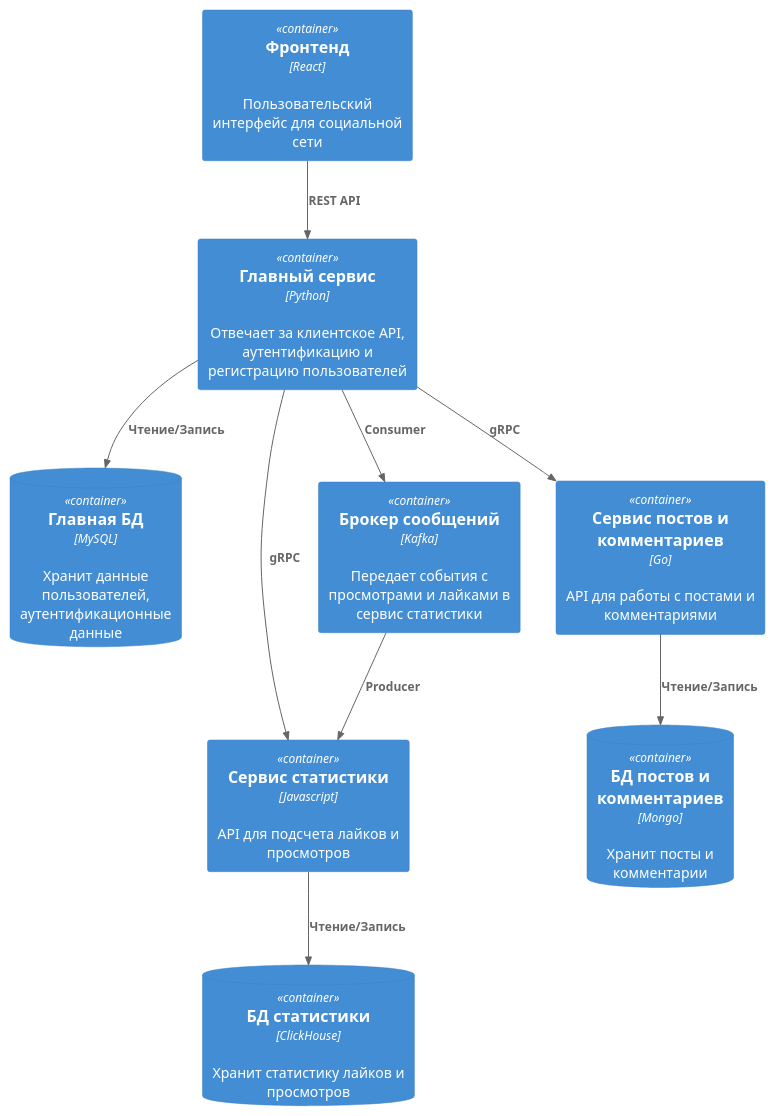
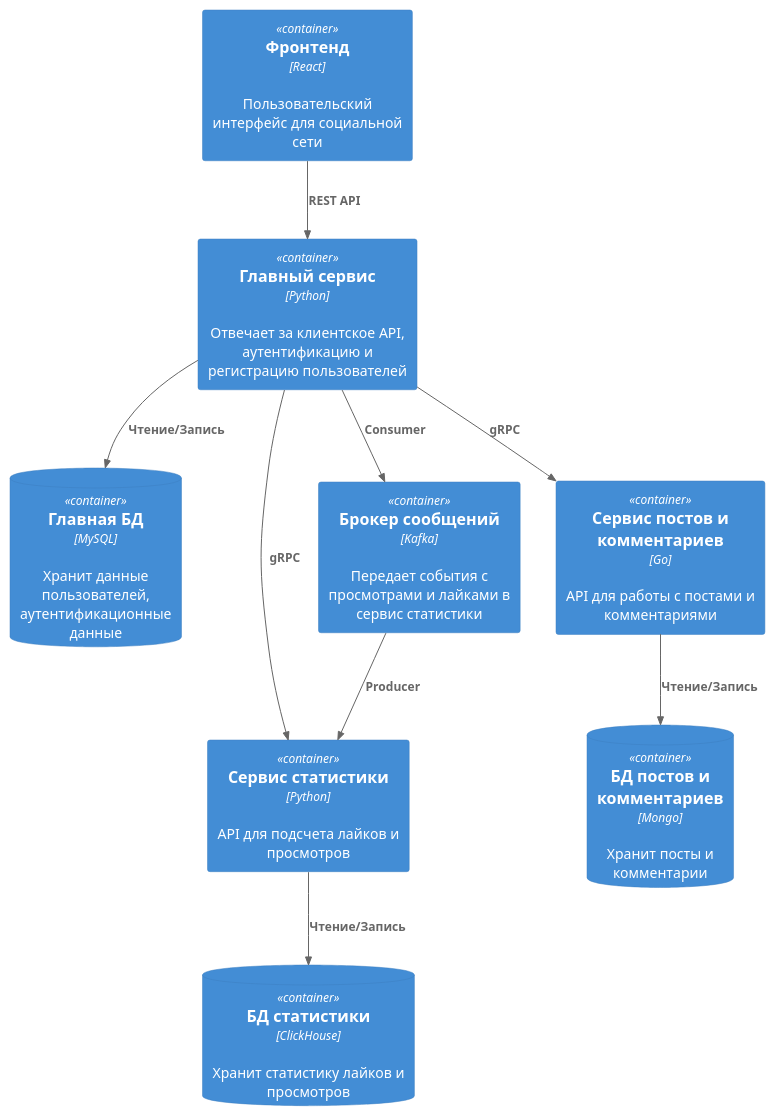
One commit to EugeneDar/soa changed the diagram in doc/c4-conteiners.puml. Above: the diagram before and after it, drawn with PlantUML. The commit also changed 1 other file, not shown here.

Commit message:
todo added, and js changed to python

```diff
--- a/doc/c4-conteiners.puml
+++ b/doc/c4-conteiners.puml
@@ -1,22 +1,22 @@
 @startuml
 !includeurl https://raw.githubusercontent.com/plantuml-stdlib/C4-PlantUML/master/C4_Container.puml
 
 Container(main_api, "Главный сервис", "Python", "Отвечает за клиентское API, аутентификацию и регистрацию пользователей")
 ContainerDb(main_db, "Главная БД", "MySQL", "Хранит данные пользователей, аутентификационные данные")
-Container(stat_api, "Сервис статистики", "Javascript", "API для подсчета лайков и просмотров")
+Container(stat_api, "Сервис статистики", "Python", "API для подсчета лайков и просмотров")
 ContainerDb(stat_db, "БД статистики", "ClickHouse", "Хранит статистику лайков и просмотров")
 Container(post_api, "Сервис постов и комментариев", "Go", "API для работы с постами и комментариями")
 ContainerDb(post_db, "БД постов и комментариев", "Mongo", "Хранит посты и комментарии")
 Container(kafka, "Брокер сообщений", "Kafka", "Передает события с просмотрами и лайками в сервис статистики")
 Container(frontend, "Фронтенд", "React", "Пользовательский интерфейс для социальной сети")
 
 Rel(main_api, main_db, "Чтение/Запись")
 Rel(main_api, stat_api, "gRPC")
 Rel(main_api, post_api, "gRPC")
 Rel(stat_api, stat_db, "Чтение/Запись")
 Rel(post_api, post_db, "Чтение/Запись")
 Rel(frontend, main_api, "REST API")
 Rel(kafka, stat_api, "Producer")
 Rel(main_api, kafka, "Consumer")
 
 @enduml
```
